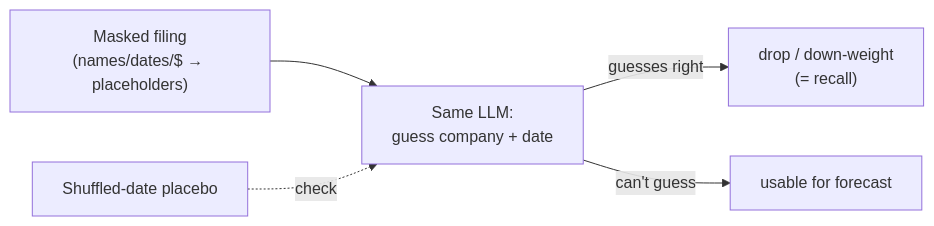
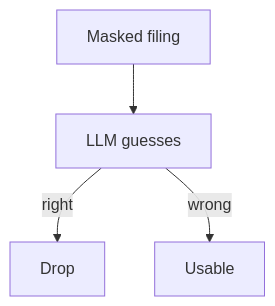
The fifth of 11 diagrams in docs/AGENTIC.md (nathan-au/fiam-2026-factors), drawn with Mermaid before and after one commit. The commit also changed other lines of this file, not shown here.

Commit message:
Update agent architectures

````diff
--- a/docs/AGENTIC.md
+++ b/docs/AGENTIC.md
@@ -52,7 +67,6 @@
 ```mermaid
-flowchart LR
-    F["Masked filing<br/>(names/dates/$ → placeholders)"] --> M["Same LLM:<br/>guess company + date"]
-    M -->|"guesses right"| DROP["drop / down-weight<br/>(= recall)"]
-    M -->|"can't guess"| USE["usable for forecast"]
-    SH["Shuffled-date placebo"] -.check.-> M
+flowchart TD
+    F["Masked filing"] --> M["LLM guesses"]
+    M -->|"right"| DROP["Drop"]
+    M -->|"wrong"| USE["Usable"]
 ```
````
